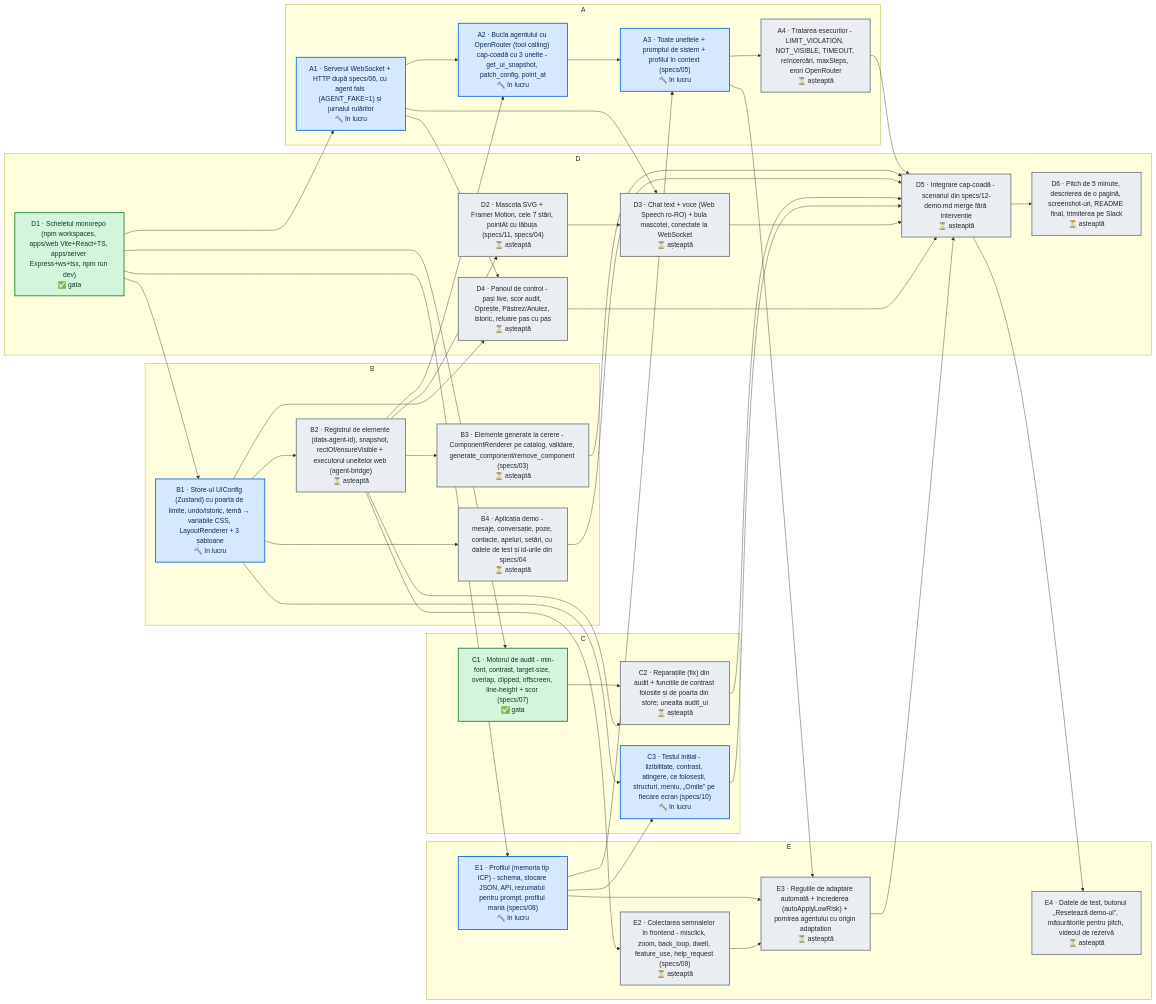
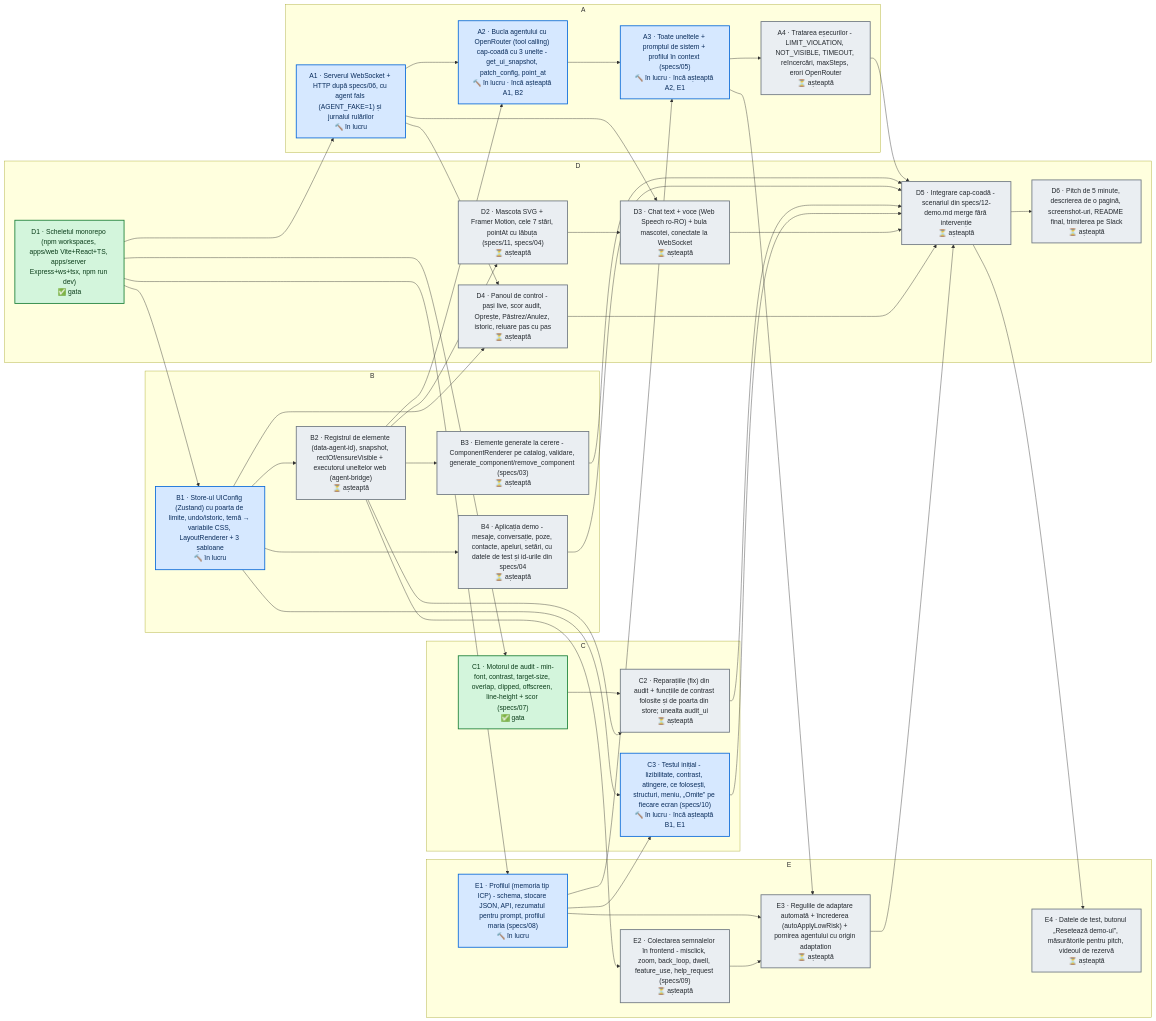
One commit to 06cezar/UiShapeshifter changed the diagram in DAG.md. Above: the diagram before and after it, drawn with Mermaid. The commit also changed other lines of this file and 1 other file, not shown here.

Commit message:
dag: update [skip ci]

````diff
--- a/DAG.md
+++ b/DAG.md
@@ -8,77 +8,77 @@
 ```mermaid
 flowchart LR
   subgraph t_owner_A["A"]
     t_A1["A1 · Serverul WebSocket + HTTP după specs/06, cu agent fals (AGENT_FAKE=1) și jurnalul rulărilor<br/>🔨 în lucru"]
-    t_A2["A2 · Bucla agentului cu OpenRouter (tool calling) cap-coadă cu 3 unelte - get_ui_snapshot, patch_config, point_at<br/>🔨 în lucru"]
-    t_A3["A3 · Toate uneltele + promptul de sistem + profilul în context (specs/05)<br/>🔨 în lucru"]
+    t_A2["A2 · Bucla agentului cu OpenRouter (tool calling) cap-coadă cu 3 unelte - get_ui_snapshot, patch_config, point_at<br/>🔨 în lucru · încă așteaptă A1, B2"]
+    t_A3["A3 · Toate uneltele + promptul de sistem + profilul în context (specs/05)<br/>🔨 în lucru · încă așteaptă A2, E1"]
     t_A4["A4 · Tratarea eșecurilor - LIMIT_VIOLATION, NOT_VISIBLE, TIMEOUT, reîncercări, maxSteps, erori OpenRouter<br/>⏳ așteaptă"]
   end
   subgraph t_owner_B["B"]
     t_B1["B1 · Store-ul UIConfig (Zustand) cu poarta de limite, undo/istoric, temă → variabile CSS, LayoutRenderer + 3 șabloane<br/>🔨 în lucru"]
     t_B2["B2 · Registrul de elemente (data-agent-id), snapshot, rectOf/ensureVisible + executorul uneltelor web (agent-bridge)<br/>⏳ așteaptă"]
     t_B3["B3 · Elemente generate la cerere - ComponentRenderer pe catalog, validare, generate_component/remove_component (specs/03)<br/>⏳ așteaptă"]
     t_B4["B4 · Aplicația demo - mesaje, conversație, poze, contacte, apeluri, setări, cu datele de test și id-urile din specs/04<br/>⏳ așteaptă"]
   end
   subgraph t_owner_C["C"]
     t_C1["C1 · Motorul de audit - min-font, contrast, target-size, overlap, clipped, offscreen, line-height + scor (specs/07)<br/>✅ gata"]
     t_C2["C2 · Reparațiile (fix) din audit + funcțiile de contrast folosite și de poarta din store; unealta audit_ui<br/>⏳ așteaptă"]
-    t_C3["C3 · Testul inițial - lizibilitate, contrast, atingere, ce folosești, structuri, meniu, „Omite” pe fiecare ecran (specs/10)<br/>🔨 în lucru"]
+    t_C3["C3 · Testul inițial - lizibilitate, contrast, atingere, ce folosești, structuri, meniu, „Omite” pe fiecare ecran (specs/10)<br/>🔨 în lucru · încă așteaptă B1, E1"]
   end
   subgraph t_owner_D["D"]
     t_D1["D1 · Scheletul monorepo (npm workspaces, apps/web Vite+React+TS, apps/server Express+ws+tsx, npm run dev)<br/>✅ gata"]
     t_D2["D2 · Mascota SVG + Framer Motion, cele 7 stări, pointAt cu lăbuța (specs/11, specs/04)<br/>⏳ așteaptă"]
     t_D3["D3 · Chat text + voce (Web Speech ro-RO) + bula mascotei, conectate la WebSocket<br/>⏳ așteaptă"]
     t_D4["D4 · Panoul de control - pași live, scor audit, Oprește, Păstrez/Anulez, istoric, reluare pas cu pas<br/>⏳ așteaptă"]
     t_D5["D5 · Integrare cap-coadă - scenariul din specs/12-demo.md merge fără intervenție<br/>⏳ așteaptă"]
     t_D6["D6 · Pitch de 5 minute, descrierea de o pagină, screenshot-uri, README final, trimiterea pe Slack<br/>⏳ așteaptă"]
   end
   subgraph t_owner_E["E"]
     t_E1["E1 · Profilul (memoria tip ICP) - schema, stocare JSON, API, rezumatul pentru prompt, profilul maria (specs/08)<br/>🔨 în lucru"]
     t_E2["E2 · Colectarea semnalelor în frontend - misclick, zoom, back_loop, dwell, feature_use, help_request (specs/09)<br/>⏳ așteaptă"]
     t_E3["E3 · Regulile de adaptare automată + încrederea (autoApplyLowRisk) + pornirea agentului cu origin adaptation<br/>⏳ așteaptă"]
     t_E4["E4 · Datele de test, butonul „Resetează demo-ul”, măsurătorile pentru pitch, videoul de rezervă<br/>⏳ așteaptă"]
   end
   t_B2 --> t_D2
   t_A1 --> t_D3
   t_D2 --> t_D3
   t_A1 --> t_D4
   t_B1 --> t_D4
   t_A4 --> t_D5
   t_B3 --> t_D5
   t_B4 --> t_D5
   t_C2 --> t_D5
   t_C3 --> t_D5
   t_D3 --> t_D5
   t_D4 --> t_D5
   t_E3 --> t_D5
   t_D5 --> t_D6
   t_D1 --> t_A1
   t_A1 --> t_A2
   t_B2 --> t_A2
   t_A2 --> t_A3
   t_E1 --> t_A3
   t_A3 --> t_A4
   t_D1 --> t_B1
   t_B1 --> t_B2
   t_B2 --> t_B3
   t_B1 --> t_B4
   t_D1 --> t_C1
   t_C1 --> t_C2
   t_B2 --> t_C2
   t_B1 --> t_C3
   t_E1 --> t_C3
   t_D1 --> t_E1
   t_B2 --> t_E2
   t_E1 --> t_E3
   t_E2 --> t_E3
   t_A3 --> t_E3
   t_D5 --> t_E4
   classDef done fill:#d3f5dc,stroke:#1a7f37,color:#0b3d1a,stroke-width:2px
   classDef progress fill:#d6e8ff,stroke:#0969da,color:#0a2d5c,stroke-width:2px
   classDef ready fill:#fff4c2,stroke:#9a6700,color:#4d3300,stroke-width:2px
   classDef wait fill:#eaeef2,stroke:#6e7781,color:#24292f,stroke-width:2px
   classDef blocked fill:#ffd8d3,stroke:#cf222e,color:#5c0b10,stroke-width:2px
   class t_D1,t_C1 done
   class t_A1,t_A2,t_A3,t_B1,t_C3,t_E1 progress
   class t_D2,t_D3,t_D4,t_D5,t_D6,t_A4,t_B2,t_B3,t_B4,t_C2,t_E2,t_E3,t_E4 wait
 ```
````
